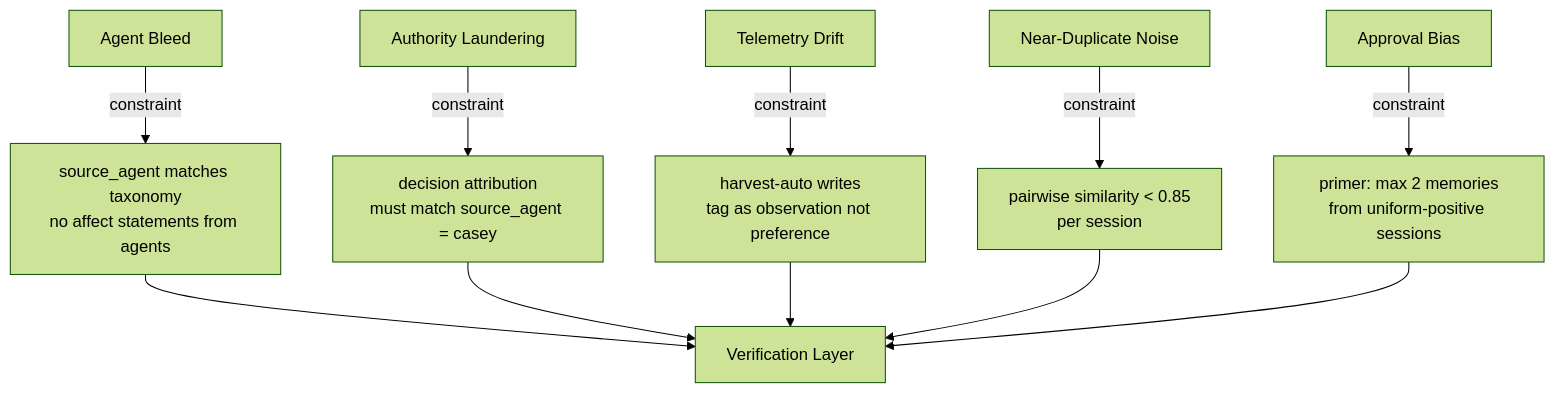
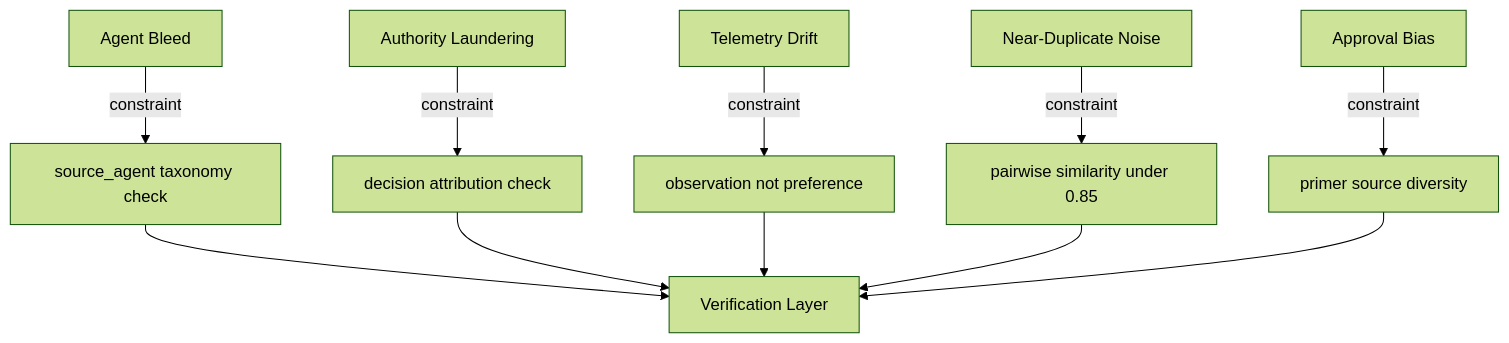
Before and after one commit to CyberdaemonAI/cyberdaemon-site: the second of 3 diagrams in src/content/research/cognitive-security-part7.mdx, drawn with Mermaid (forest theme). The commit also changed other lines of this file and 10 other files, not shown here.

First line of the commit message:
fix(content): mermaid single-line labels, lint clean, workflow auth

````diff
--- a/src/content/research/cognitive-security-part7.mdx
+++ b/src/content/research/cognitive-security-part7.mdx
@@ -102,13 +102,13 @@
 ```mermaid
 flowchart TD
-  AB[Agent Bleed] -->|constraint| C1["source_agent matches taxonomy\nno affect statements from agents"]
-  AL[Authority Laundering] -->|constraint| C2["decision attribution\nmust match source_agent = casey"]
-  TD[Telemetry Drift] -->|constraint| C3["harvest-auto writes\ntag as observation not preference"]
-  ND[Near-Duplicate Noise] -->|constraint| C4["pairwise similarity < 0.85\nper session"]
-  AS[Approval Bias] -->|constraint| C5["primer: max 2 memories\nfrom uniform-positive sessions"]
+  AB[Agent Bleed] -->|constraint| C1[source_agent taxonomy check]
+  AL[Authority Laundering] -->|constraint| C2[decision attribution check]
+  TD[Telemetry Drift] -->|constraint| C3[observation not preference]
+  ND[Near-Duplicate Noise] -->|constraint| C4[pairwise similarity under 0.85]
+  AS[Approval Bias] -->|constraint| C5[primer source diversity]
   C1 --> VL[Verification Layer]
   C2 --> VL
   C3 --> VL
   C4 --> VL
   C5 --> VL
 ```
````
